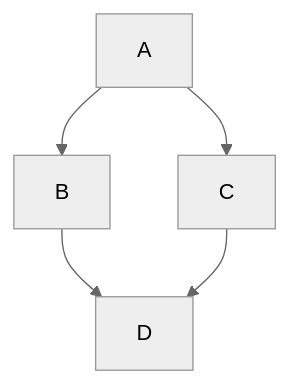
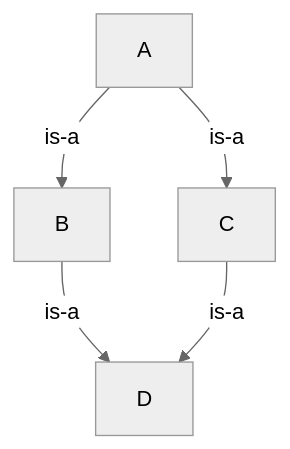
Before and after one commit to chanduujjina/JSE_Practice_2025_B1: the fifth of 5 diagrams in TypesOfInheritance.md, drawn with Mermaid (neutral theme). The commit also changed other lines of this file, not shown here.

````diff
--- a/TypesOfInheritance.md
+++ b/TypesOfInheritance.md
@@ -38,8 +38,8 @@
 ```mermaid
 graph TD;
-    A-->B;
-    A-->C;
-    B-->D
-    C-->D
+    A-->|is-a|B;
+    A-->|is-a|C;
+    B-->|is-a|D
+    C-->|is-a|D
     
 ```
````
